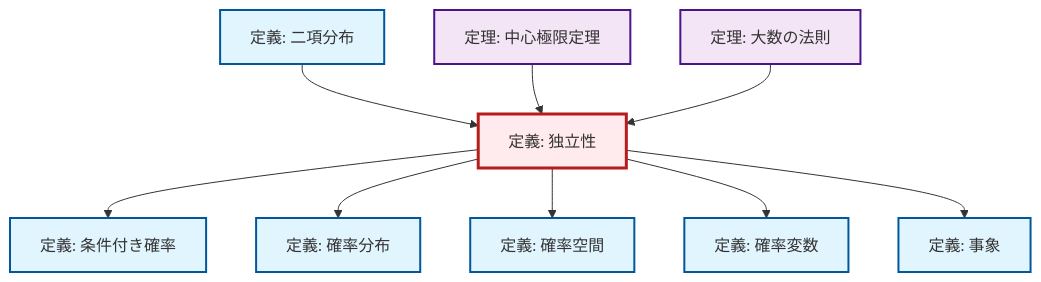
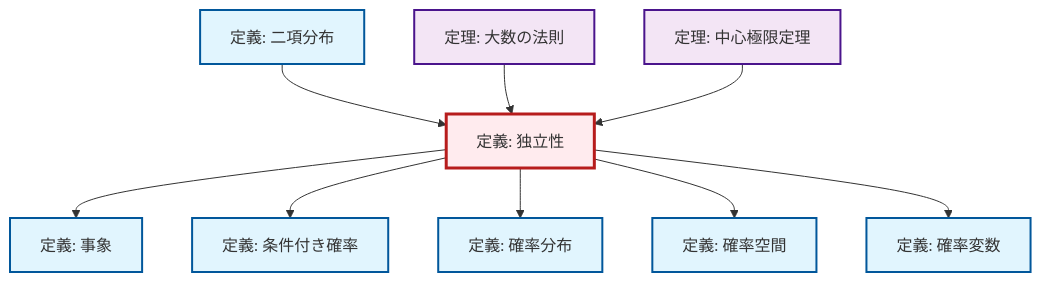
One commit to RK0429/ModernMath changed the diagram in content/ja/probability-statistics/def-independence.qmd. Above: the diagram before and after it, drawn with Mermaid. The commit also changed 672 other files, not shown here.

````diff
--- a/content/ja/probability-statistics/def-independence.qmd
+++ b/content/ja/probability-statistics/def-independence.qmd
@@ -115,35 +115,35 @@
 ```{mermaid}
-%%| fig-cap: "Local dependency graph"
+%%| fig-cap: "ローカル依存関係グラフ"
 graph TD
     classDef definition fill:#e1f5fe,stroke:#01579b,stroke-width:2px
     classDef theorem fill:#f3e5f5,stroke:#4a148c,stroke-width:2px
     classDef axiom fill:#fff3e0,stroke:#e65100,stroke-width:2px
     classDef example fill:#e8f5e9,stroke:#1b5e20,stroke-width:2px
     classDef current fill:#ffebee,stroke:#b71c1c,stroke-width:3px
-    def-probability-distribution["定義: 確率分布"]:::definition
-    def-conditional-probability["定義: 条件付き確率"]:::definition
-    thm-central-limit["定理: 中心極限定理"]:::theorem
-    def-random-variable["定義: 確率変数"]:::definition
-    def-event["定義: 事象"]:::definition
+    def-probability-space["定義: 確率空間"]:::definition
     def-binomial-distribution["定義: 二項分布"]:::definition
     def-independence["定義: 独立性"]:::definition
     thm-law-of-large-numbers["定理: 大数の法則"]:::theorem
-    def-probability-space["定義: 確率空間"]:::definition
+    def-event["定義: 事象"]:::definition
+    def-probability-distribution["定義: 確率分布"]:::definition
+    thm-central-limit["定理: 中心極限定理"]:::theorem
+    def-conditional-probability["定義: 条件付き確率"]:::definition
+    def-random-variable["定義: 確率変数"]:::definition
+    def-independence --> def-event
     def-binomial-distribution --> def-independence
     def-independence --> def-conditional-probability
-    thm-central-limit --> def-independence
     def-independence --> def-probability-distribution
-    thm-law-of-large-numbers --> def-independence
     def-independence --> def-probability-space
     def-independence --> def-random-variable
-    def-independence --> def-event
+    thm-law-of-large-numbers --> def-independence
+    thm-central-limit --> def-independence
     class def-independence current
-    click def-probability-distribution "def-probability-distribution.html" "確率分布の定義へ"
-    click def-conditional-probability "def-conditional-probability.html" "条件付き確率の定義へ"
-    click thm-central-limit "thm-central-limit.html" "中心極限定理の定理へ"
-    click def-random-variable "def-random-variable.html" "確率変数の定義へ"
-    click def-event "def-event.html" "事象の定義へ"
+    click def-probability-space "def-probability-space.html" "確率空間の定義へ"
     click def-binomial-distribution "def-binomial-distribution.html" "二項分布の定義へ"
     click thm-law-of-large-numbers "thm-law-of-large-numbers.html" "大数の法則の定理へ"
-    click def-probability-space "def-probability-space.html" "確率空間の定義へ"
+    click def-event "def-event.html" "事象の定義へ"
+    click def-probability-distribution "def-probability-distribution.html" "確率分布の定義へ"
+    click thm-central-limit "thm-central-limit.html" "中心極限定理の定理へ"
+    click def-conditional-probability "def-conditional-probability.html" "条件付き確率の定義へ"
+    click def-random-variable "def-random-variable.html" "確率変数の定義へ"
 ```
````
